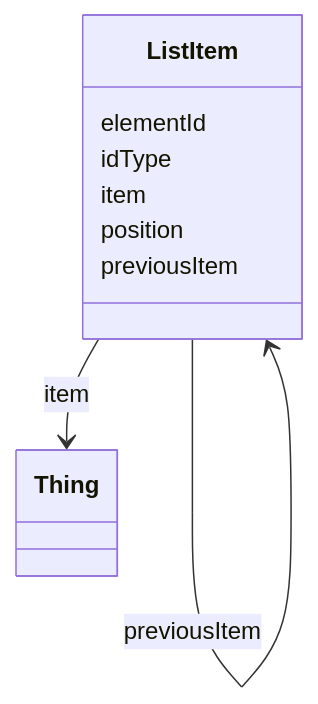
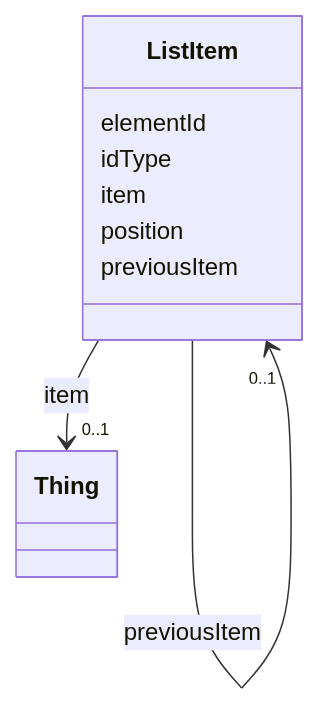
The diagram in item-list/ListItem.md (INCATools/ontology-access-kit), drawn with Mermaid before and after one commit. The commit also changed other lines of this file and 3329 other files, not shown here.

````diff
--- a/item-list/ListItem.md
+++ b/item-list/ListItem.md
@@ -17,19 +19,30 @@
 ```{mermaid}
  classDiagram
     class ListItem
+    click ListItem href "../ListItem"
       ListItem : elementId
         
       ListItem : idType
         
       ListItem : item
         
-          ListItem --> Thing : item
+          
+    
+    
+    ListItem --> "0..1" Thing : item
+    click Thing href "../Thing"
+
         
       ListItem : position
         
       ListItem : previousItem
         
-          ListItem --> ListItem : previousItem
+          
+    
+    
+    ListItem --> "0..1" ListItem : previousItem
+    click ListItem href "../ListItem"
+
         
       
 ```
````
